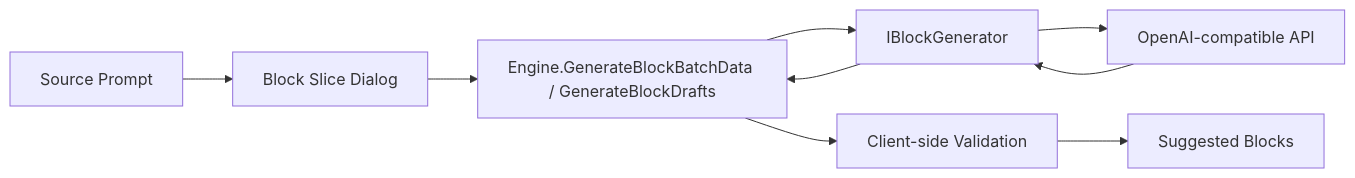
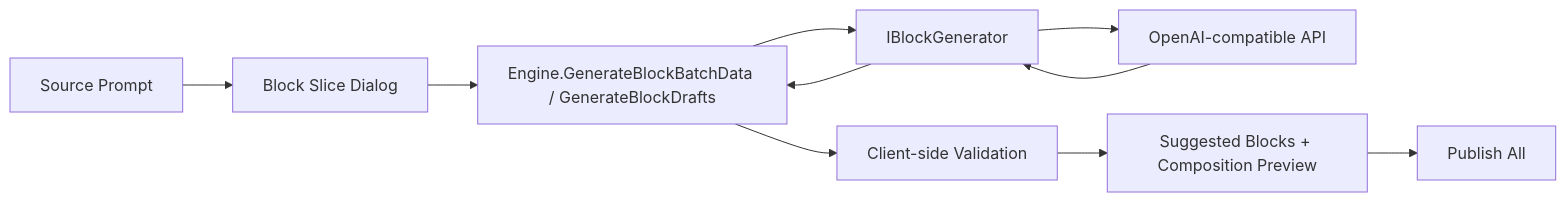
Before and after one commit to Artem535/TextFoundry: the diagram in doc/modules/ROOT/pages/project/functions/prompt-slicing/system-design.adoc, drawn with Mermaid. The commit also changed other lines of this file and 45 other files, not shown here.

```diff
--- a/doc/modules/ROOT/pages/project/functions/prompt-slicing/system-design.adoc
+++ b/doc/modules/ROOT/pages/project/functions/prompt-slicing/system-design.adoc
@@ -33,12 +36,13 @@
 [mermaid]
 ----
 flowchart LR
   Source["Source Prompt"] --> Dialog["Block Slice Dialog"]
   Dialog --> Engine["Engine.GenerateBlockBatchData / GenerateBlockDrafts"]
   Engine --> Generator["IBlockGenerator"]
   Generator --> Provider["OpenAI-compatible API"]
   Provider --> Generator
   Generator --> Engine
   Engine --> Validate["Client-side Validation"]
-  Validate --> Drafts["Suggested Blocks"]
+  Validate --> Drafts["Suggested Blocks + Composition Preview"]
+  Drafts --> Publish["Publish All"]
 ----
```
